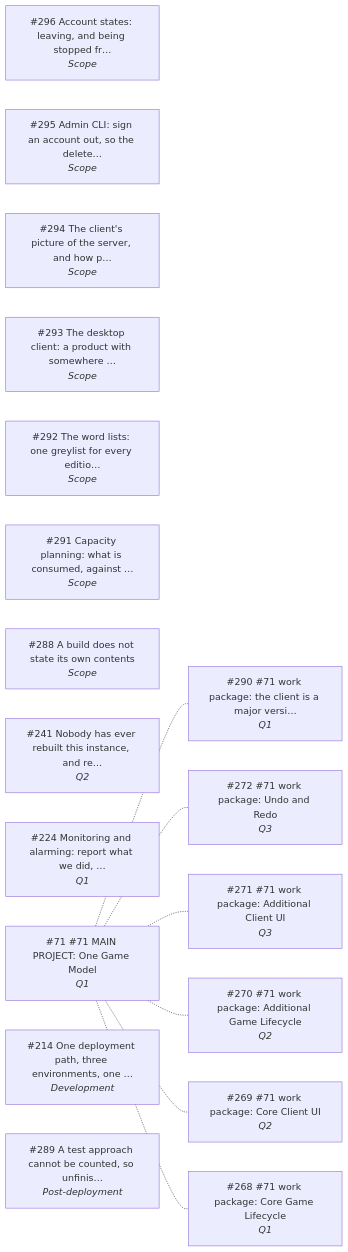
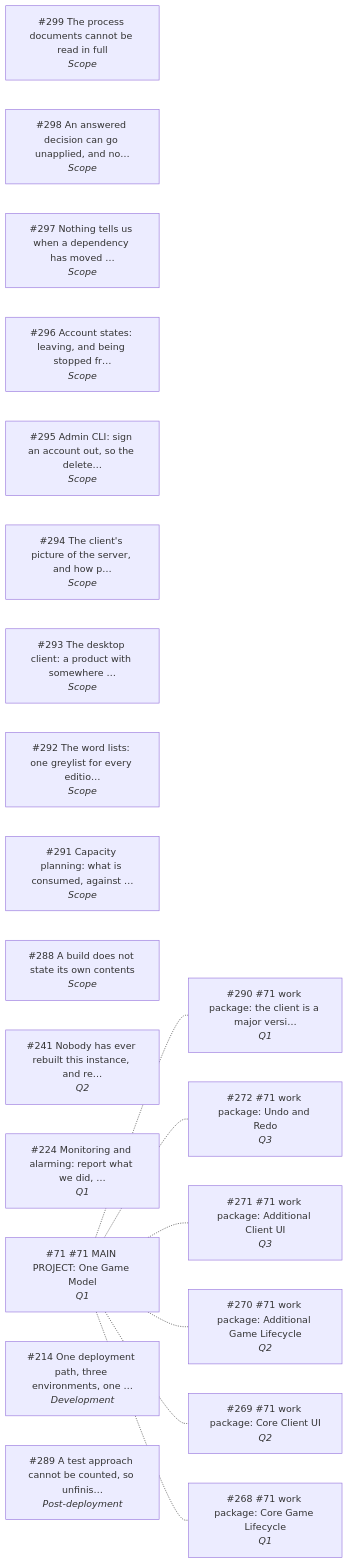
The diagram in docs/1.5-work-in-progress.md (SteveStyle/scrabble-px), drawn with Mermaid before and after one commit.

Commit message:
app 0.7.1 api 2.13: regenerate 1.5 after the last workstream pass

````diff
--- a/docs/1.5-work-in-progress.md
+++ b/docs/1.5-work-in-progress.md
@@ -21,27 +21,30 @@
 ```mermaid
 flowchart LR
+  n299["#299 The process documents cannot be read in full<br/><i>Scope</i>"]
+  n298["#298 An answered decision can go unapplied, and no…<br/><i>Scope</i>"]
+  n297["#297 Nothing tells us when a dependency has moved …<br/><i>Scope</i>"]
   n296["#296 Account states: leaving, and being stopped fr…<br/><i>Scope</i>"]
   n295["#295 Admin CLI: sign an account out, so the delete…<br/><i>Scope</i>"]
   n294["#294 The client's picture of the server, and how p…<br/><i>Scope</i>"]
   n293["#293 The desktop client: a product with somewhere …<br/><i>Scope</i>"]
   n292["#292 The word lists: one greylist for every editio…<br/><i>Scope</i>"]
   n291["#291 Capacity planning: what is consumed, against …<br/><i>Scope</i>"]
   n288["#288 A build does not state its own contents<br/><i>Scope</i>"]
   n272["#272 #71 work package: Undo and Redo<br/><i>Q3</i>"]
   n271["#271 #71 work package: Additional Client UI<br/><i>Q3</i>"]
   n270["#270 #71 work package: Additional Game Lifecycle<br/><i>Q2</i>"]
   n269["#269 #71 work package: Core Client UI<br/><i>Q2</i>"]
   n241["#241 Nobody has ever rebuilt this instance, and re…<br/><i>Q2</i>"]
   n290["#290 #71 work package: the client is a major versi…<br/><i>Q1</i>"]
   n268["#268 #71 work package: Core Game Lifecycle<br/><i>Q1</i>"]
   n224["#224 Monitoring and alarming: report what we did, …<br/><i>Q1</i>"]
   n71["#71 #71 MAIN PROJECT: One Game Model<br/><i>Q1</i>"]
   n214["#214 One deployment path, three environments, one …<br/><i>Development</i>"]
   n289["#289 A test approach cannot be counted, so unfinis…<br/><i>Post-deployment</i>"]
   n71 -.- n290
   n71 -.- n272
   n71 -.- n271
   n71 -.- n270
   n71 -.- n269
   n71 -.- n268
 ```
````
